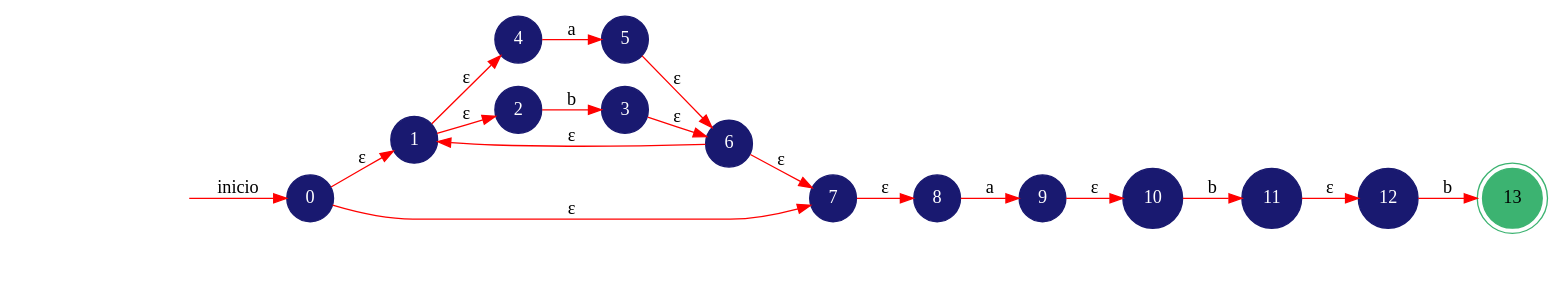
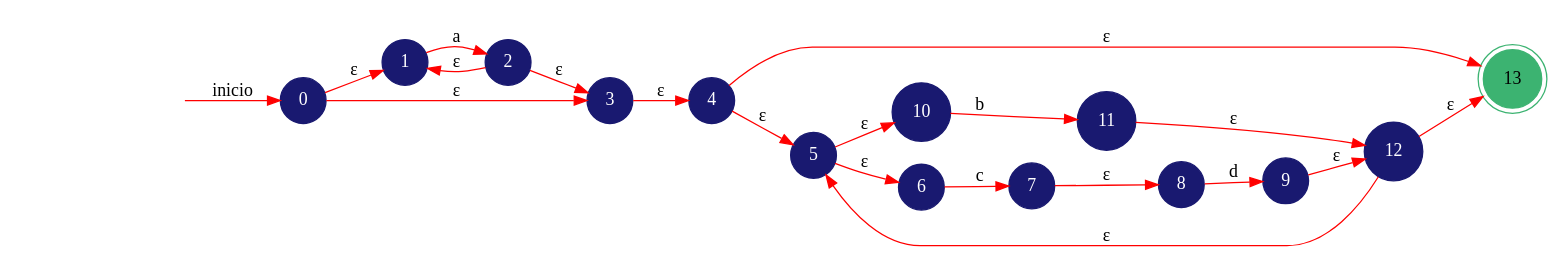
Before and after one commit to fcpauldiaz-archive/Automata: the diagram in GeneracionAutomatas/DOT/AFN.dot, drawn with Graphviz. The commit also changed 28 other files, not shown here.

```diff
--- a/GeneracionAutomatas/DOT/AFN.dot
+++ b/GeneracionAutomatas/DOT/AFN.dot
@@ -1,26 +1,28 @@
 digraph automata_finito {
 	rankdir=LR;
 	size="14,5"
 	node [shape=doublecircle, style = filled,color = mediumseagreen]; 13;
 	node [shape=circle];
 	node [color=midnightblue,fontcolor=white];
 	edge [color=red];
 	 secret_node [style=invis];
 	secret_node -> 0 [label="inicio"];
 	0 -> 1 [label="ε"];
-	0 -> 7 [label="ε"];
-	1 -> 4 [label="ε"];
-	1 -> 2 [label="ε"];
-	2 -> 3 [label="b"];
-	3 -> 6 [label="ε"];
-	4 -> 5 [label="a"];
+	0 -> 3 [label="ε"];
+	1 -> 2 [label="a"];
+	2 -> 1 [label="ε"];
+	2 -> 3 [label="ε"];
+	3 -> 4 [label="ε"];
+	4 -> 5 [label="ε"];
+	4 -> 13 [label="ε"];
+	5 -> 10 [label="ε"];
 	5 -> 6 [label="ε"];
-	6 -> 1 [label="ε"];
-	6 -> 7 [label="ε"];
+	6 -> 7 [label="c"];
 	7 -> 8 [label="ε"];
-	8 -> 9 [label="a"];
-	9 -> 10 [label="ε"];
+	8 -> 9 [label="d"];
+	9 -> 12 [label="ε"];
 	10 -> 11 [label="b"];
 	11 -> 12 [label="ε"];
-	12 -> 13 [label="b"];
+	12 -> 5 [label="ε"];
+	12 -> 13 [label="ε"];
 }
```
